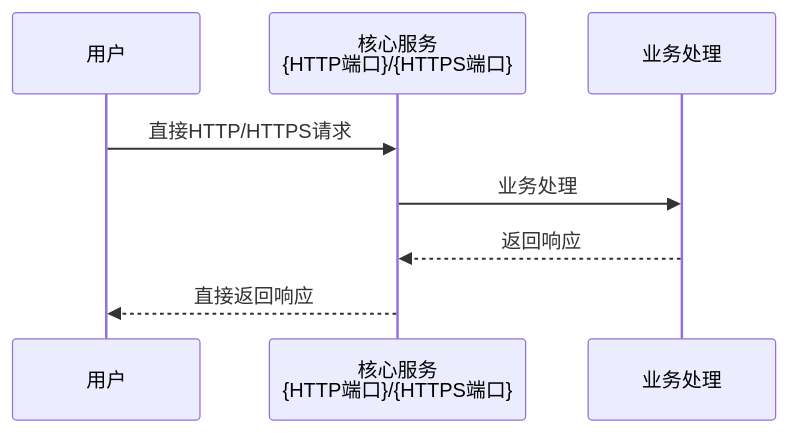
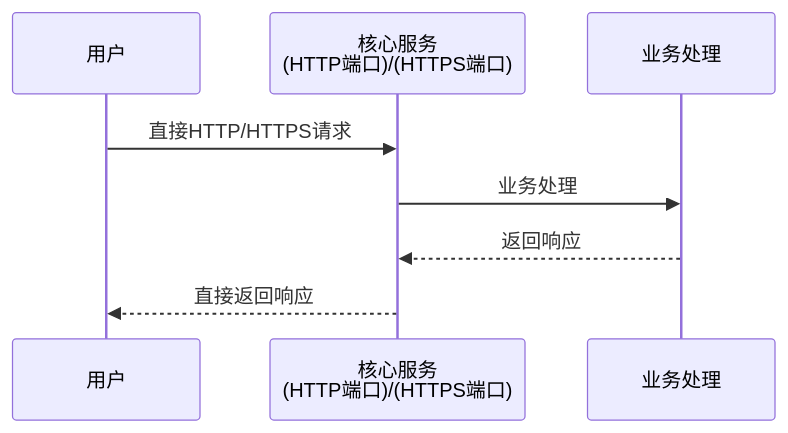
Before and after one commit to sunflowermm/XRK-AGT: the fifth of 13 diagrams in docs/server.md, drawn with Mermaid. The commit also changed other lines of this file and 3 other files, not shown here.

````diff
--- a/docs/server.md
+++ b/docs/server.md
@@ -268,11 +268,11 @@
 ```mermaid
 sequenceDiagram
     participant User as 用户
-    participant Core as 核心服务<br/>{HTTP端口}/{HTTPS端口}
+    participant Core as 核心服务<br/>(HTTP端口)/(HTTPS端口)
     participant Business as 业务处理
     
     User->>Core: 直接HTTP/HTTPS请求
     Core->>Business: 业务处理
     Business-->>Core: 返回响应
     Core-->>User: 直接返回响应
 ```
````
